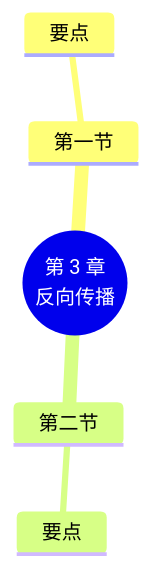
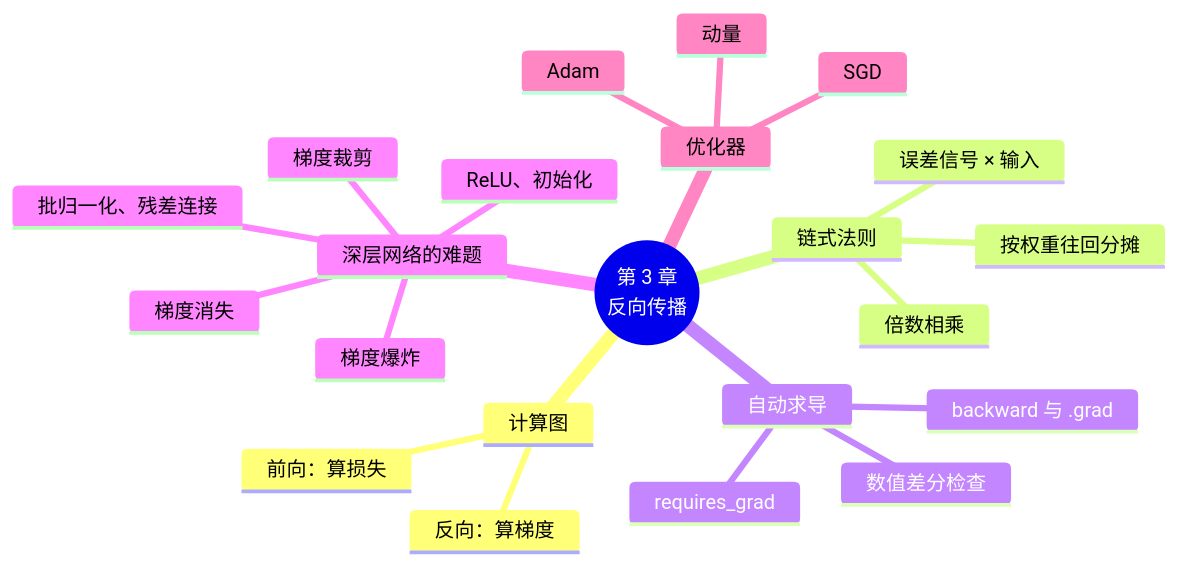
One commit to MingziFu9/dl-textbook changed the second of 2 diagrams in docs/chapters/03-backprop/index.md. Above: the diagram before and after it, drawn with Mermaid. The commit also changed other lines of this file and 3 other files, not shown here.

Commit message:
第 3 章：计算图、链式法则、自动求导、梯度消失与对策、优化器，实验 3-1、3-2，动画“误差往回传”

````diff
--- a/docs/chapters/03-backprop/index.md
+++ b/docs/chapters/03-backprop/index.md
@@ -146,8 +485,25 @@
 ```mermaid
 mindmap
   root((第 3 章<br/>反向传播))
-    第一节
-      要点
-    第二节
-      要点
+    计算图
+      前向：算损失
+      反向：算梯度
+    链式法则
+      倍数相乘
+      误差信号 × 输入
+      按权重往回分摊
+    自动求导
+      requires_grad
+      backward 与 .grad
+      数值差分检查
+    深层网络的难题
+      梯度消失
+      梯度爆炸
+      ReLU、初始化
+      批归一化、残差连接
+      梯度裁剪
+    优化器
+      SGD
+      动量
+      Adam
 ```
````
